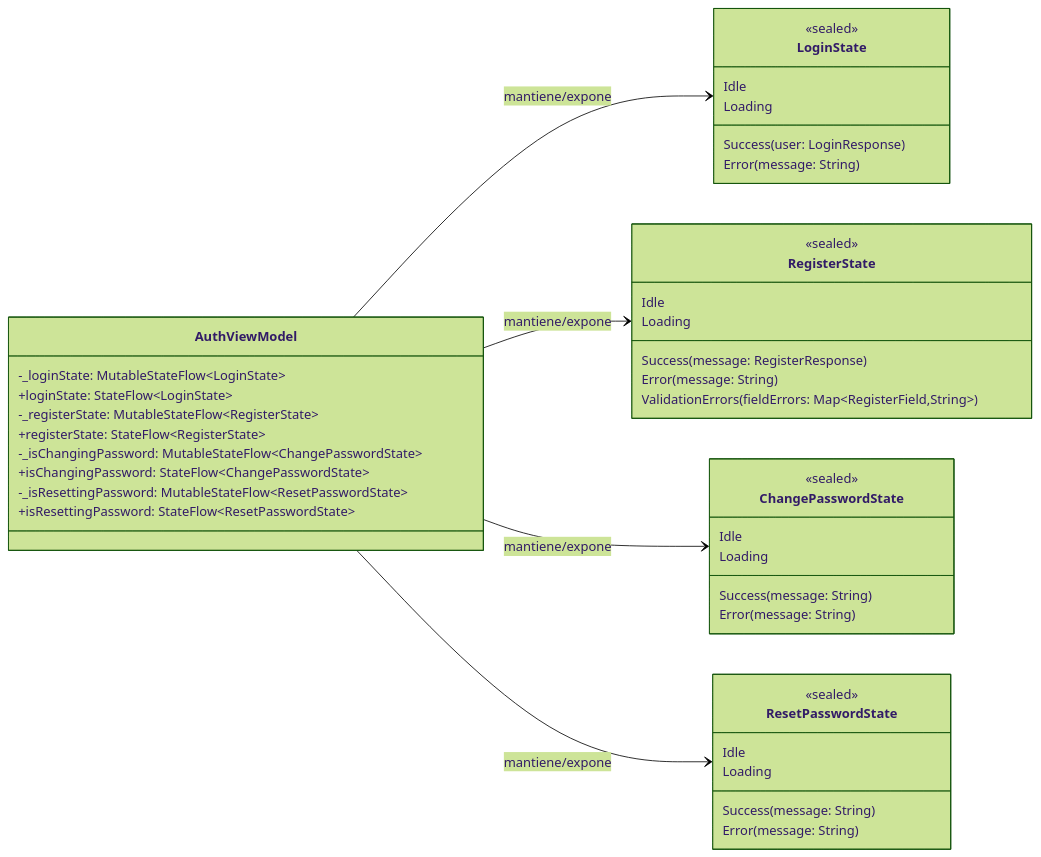
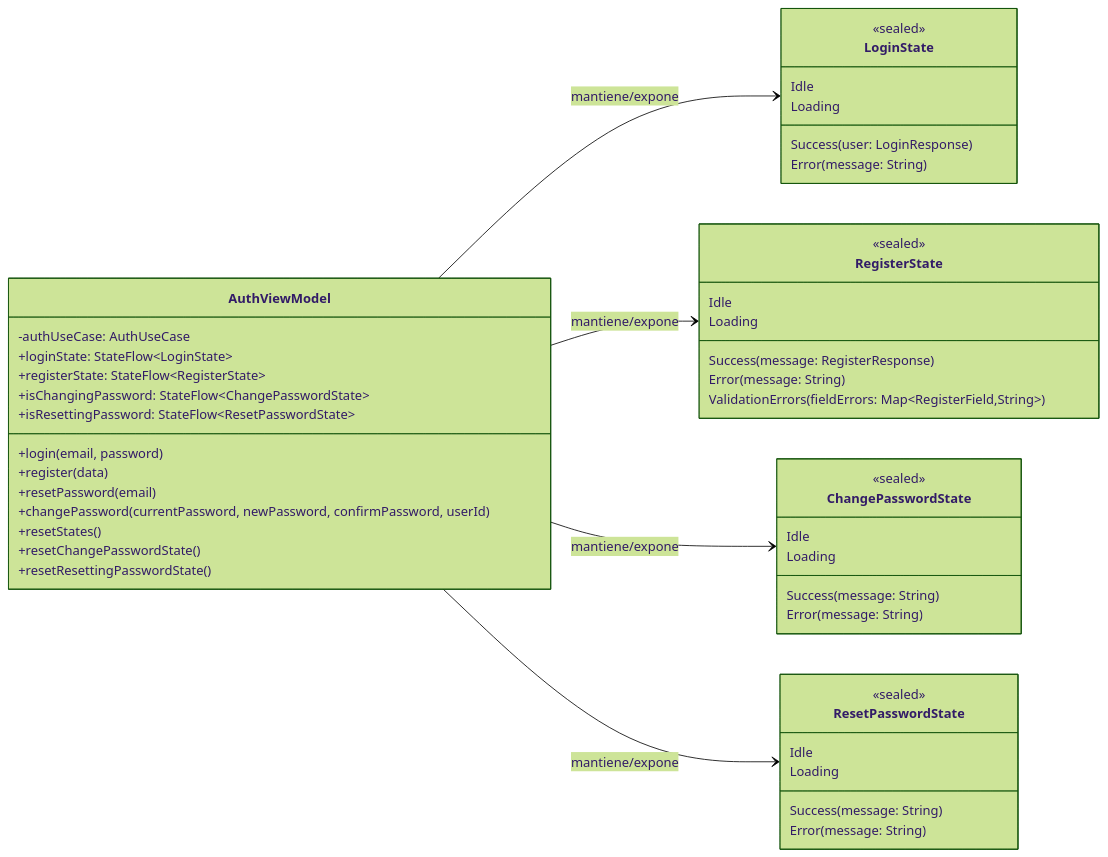
Before and after one commit to asobrados03/HumanPerformApp: the diagram in docs/AUTH_VIEWMODEL_UI_STATE_CLASS_DIAGRAM.md, drawn with Mermaid (forest theme).

Commit message:
Revise AuthViewModel class diagram
Updated the AuthViewModel class diagram to include methods and state flows.

````diff
--- a/docs/AUTH_VIEWMODEL_UI_STATE_CLASS_DIAGRAM.md
+++ b/docs/AUTH_VIEWMODEL_UI_STATE_CLASS_DIAGRAM.md
@@ -5,53 +5,56 @@
 ```mermaid
 classDiagram
     direction LR
-
     class AuthViewModel {
-      -_loginState: MutableStateFlow~LoginState~
-      +loginState: StateFlow~LoginState~
-      -_registerState: MutableStateFlow~RegisterState~
-      +registerState: StateFlow~RegisterState~
-      -_isChangingPassword: MutableStateFlow~ChangePasswordState~
-      +isChangingPassword: StateFlow~ChangePasswordState~
-      -_isResettingPassword: MutableStateFlow~ResetPasswordState~
-      +isResettingPassword: StateFlow~ResetPasswordState~
+          -authUseCase: AuthUseCase
+          +loginState: StateFlow~LoginState~
+          +registerState: StateFlow~RegisterState~
+          +isChangingPassword: StateFlow~ChangePasswordState~
+          +isResettingPassword: StateFlow~ResetPasswordState~
+          +login(email, password)
+          +register(data)
+          +resetPassword(email)
+          +changePassword(currentPassword, newPassword, confirmPassword, userId)
+          +resetStates()
+          +resetChangePasswordState()
+          +resetResettingPasswordState()
     }
 
     class LoginState {
       <<sealed>>
       Idle
       Loading
       Success(user: LoginResponse)
       Error(message: String)
     }
 
     class RegisterState {
       <<sealed>>
       Idle
       Loading
       Success(message: RegisterResponse)
       Error(message: String)
       ValidationErrors(fieldErrors: Map~RegisterField,String~)
     }
 
     class ChangePasswordState {
       <<sealed>>
       Idle
       Loading
       Success(message: String)
       Error(message: String)
     }
 
     class ResetPasswordState {
       <<sealed>>
       Idle
       Loading
       Success(message: String)
       Error(message: String)
     }
 
     AuthViewModel --> LoginState : mantiene/expone
     AuthViewModel --> RegisterState : mantiene/expone
     AuthViewModel --> ChangePasswordState : mantiene/expone
     AuthViewModel --> ResetPasswordState : mantiene/expone
 ```
````
